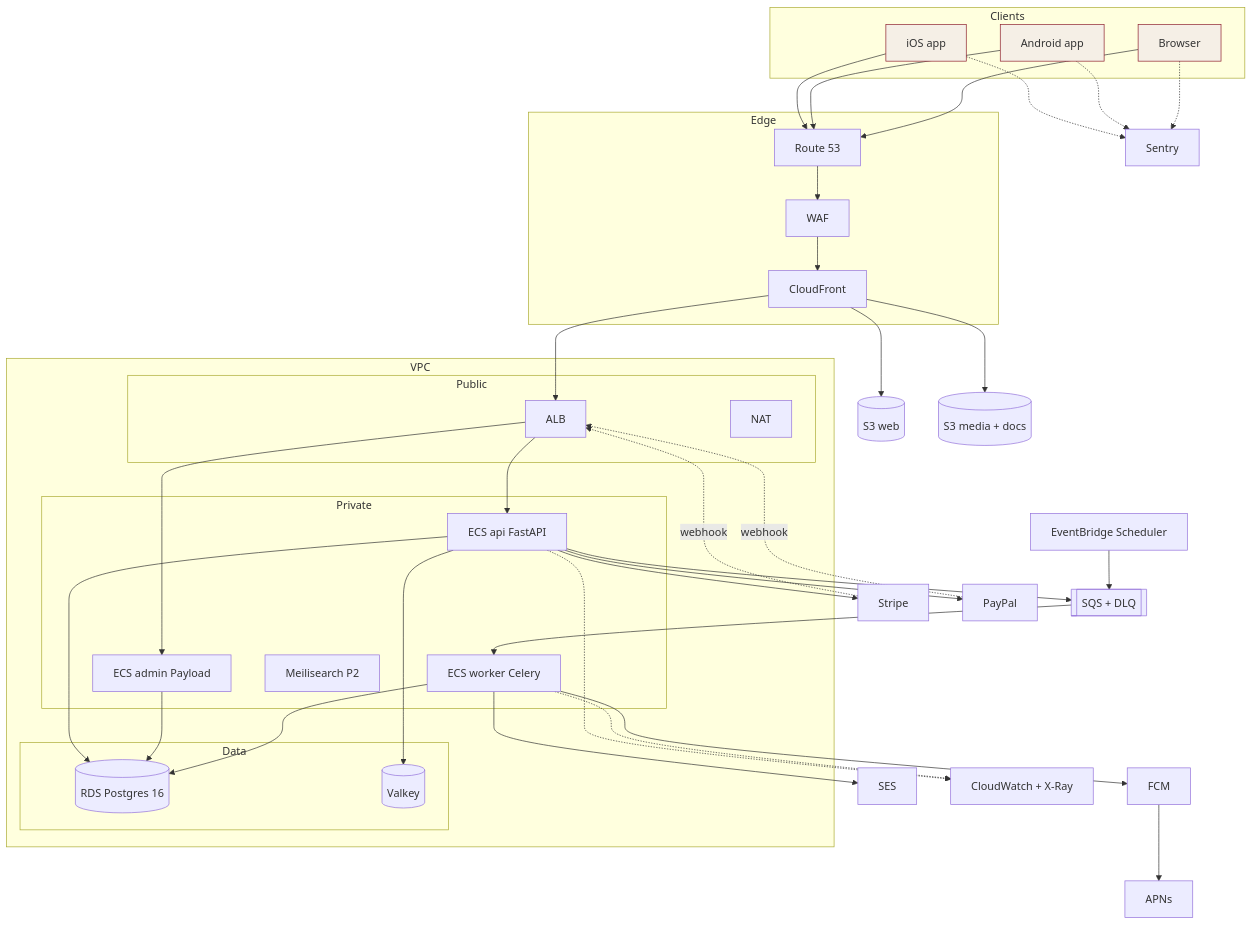
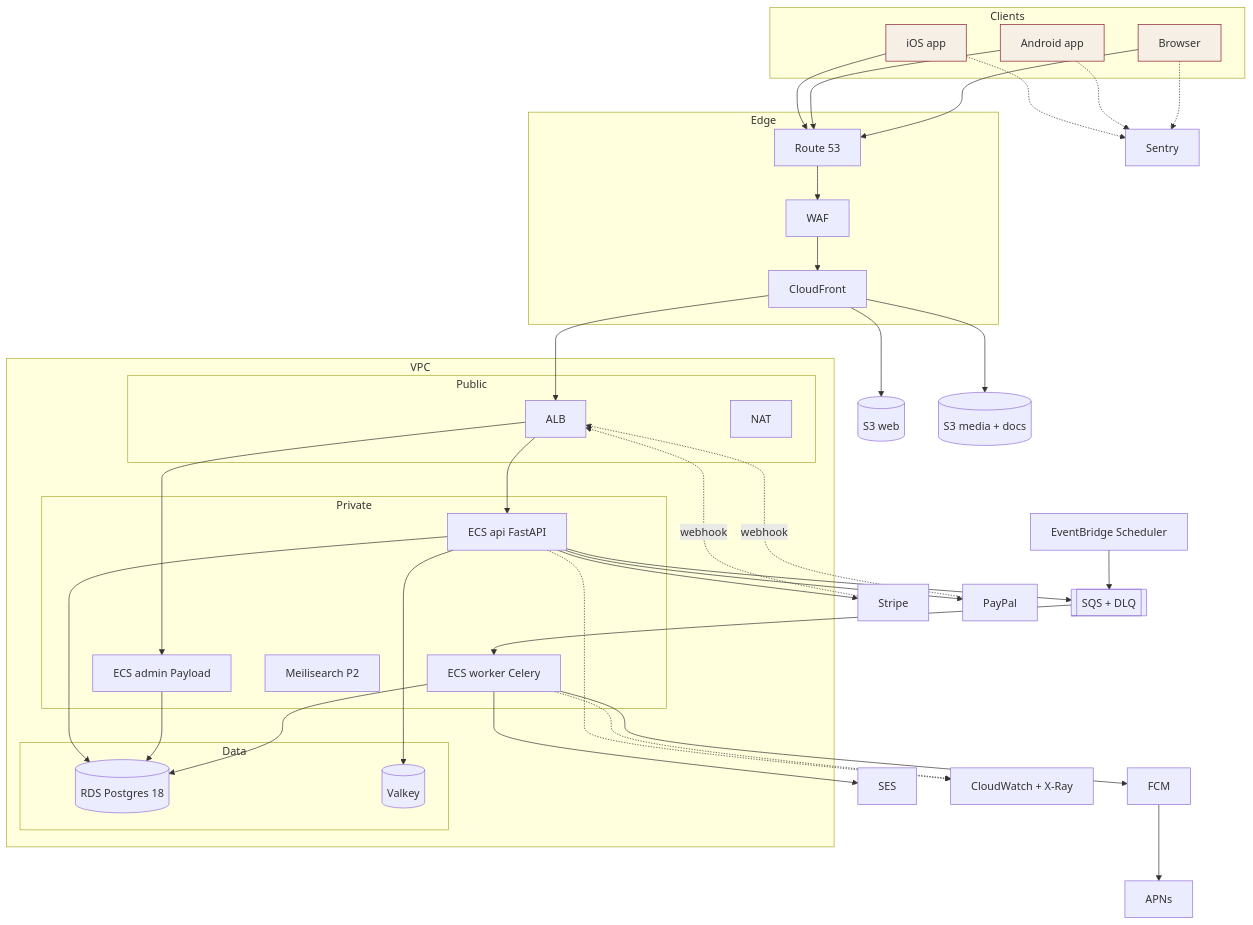
Before and after one commit to adityadahake24/JCA: the third of 5 diagrams in planning/docs/06-aws-architecture.md, drawn with Mermaid. The commit also changed other lines of this file and 110 other files, not shown here.

````diff
--- a/planning/docs/06-aws-architecture.md
+++ b/planning/docs/06-aws-architecture.md
@@ -148,63 +148,63 @@
 ```mermaid
 flowchart TB
   subgraph Clients
     IOS[iOS app]:::c
     AND[Android app]:::c
     WEB[Browser]:::c
   end
   subgraph Edge
     R53[Route 53]
     CF[CloudFront]
     WAF[WAF]
   end
   subgraph VPC
     subgraph Public
       ALB[ALB]
       NAT[NAT]
     end
     subgraph Private
       API[ECS api FastAPI]
       ADM[ECS admin Payload]
       WRK[ECS worker Celery]
       MEI[Meilisearch P2]
     end
     subgraph Data
-      RDS[(RDS Postgres 16)]
+      RDS[(RDS Postgres 18)]
       RED[(Valkey)]
     end
   end
   S3W[(S3 web)]
   S3M[(S3 media + docs)]
   SQS[[SQS + DLQ]]
   EB[EventBridge Scheduler]
   SES[SES]
   FCM[FCM]
   APNS[APNs]
   STR[Stripe]
   PP[PayPal]
   OBS[CloudWatch + X-Ray]
   SEN[Sentry]
   IOS & AND & WEB --> R53 --> WAF --> CF
   CF --> S3W
   CF --> S3M
   CF --> ALB
   ALB --> API
   ALB --> ADM
   API --> RDS
   ADM --> RDS
   API --> RED
   API --> SQS
   EB --> SQS
   SQS --> WRK
   WRK --> RDS
   WRK --> SES
   WRK --> FCM --> APNS
   STR -. webhook .-> ALB
   PP -. webhook .-> ALB
   API --> STR
   API --> PP
   API -.-> OBS
   WRK -.-> OBS
   IOS & AND & WEB -.-> SEN
   classDef c fill:#f5efe6,stroke:#8c1c2b
 ```
````
